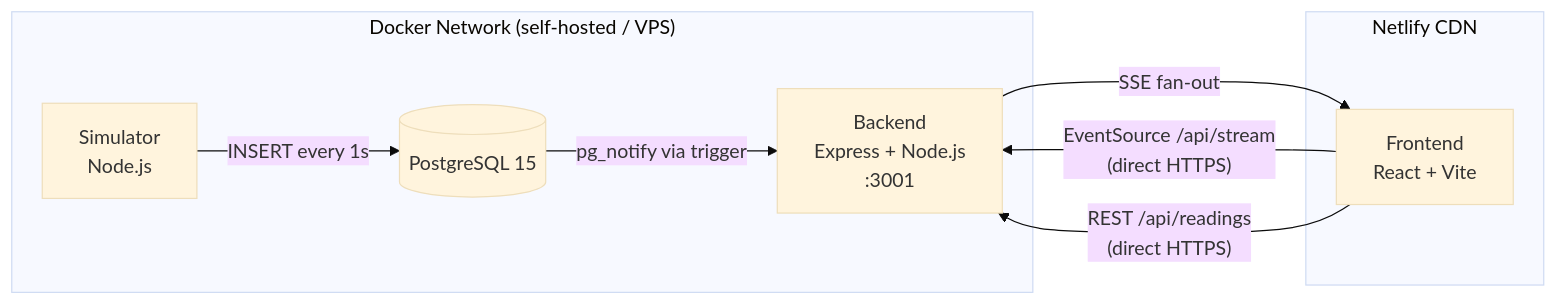
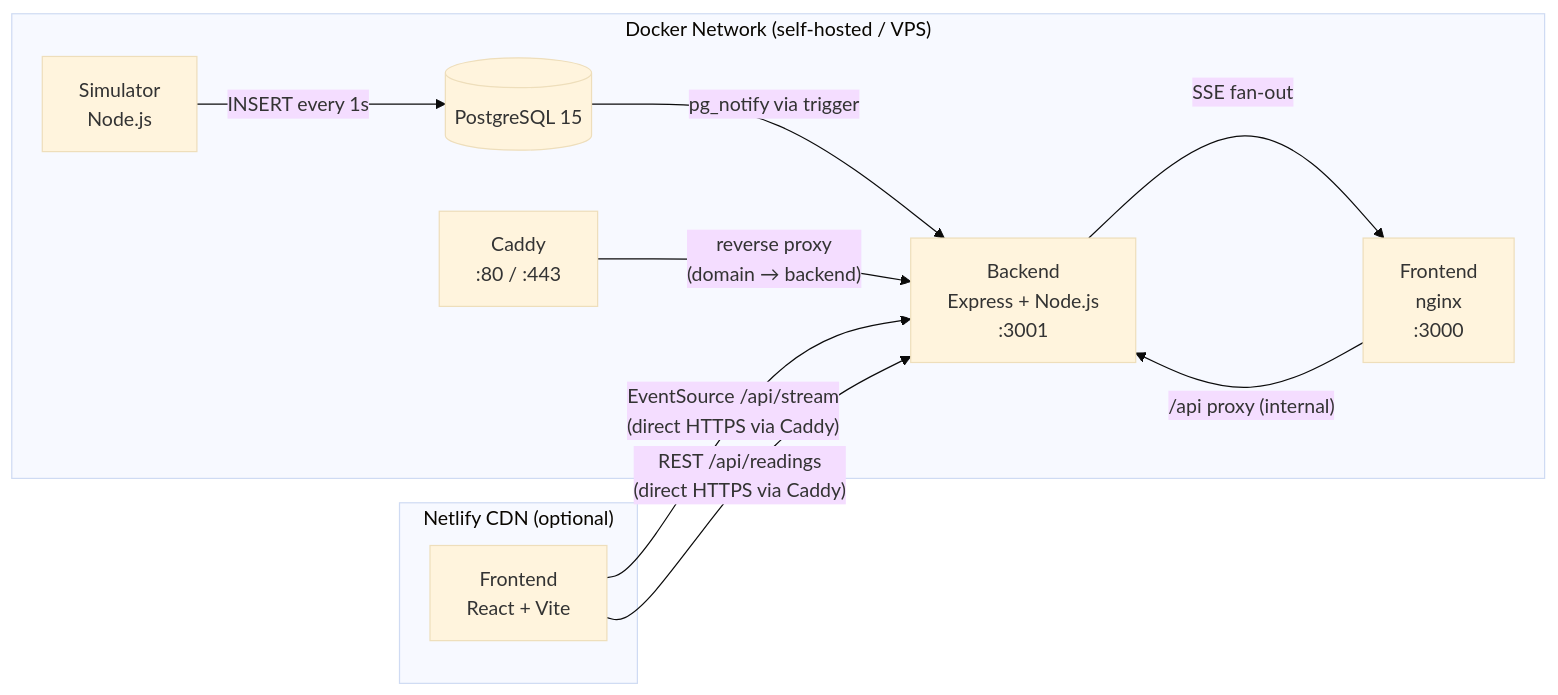
Before and after one commit to Sankalan47/speedometer: the diagram in docs/ARCHITECTURE.md, drawn with Mermaid (base theme). The commit also changed other lines of this file and 1 other file, not shown here.

Commit message:
feat: update README and architecture documentation for full stack Docker setup and service configurations

````diff
--- a/docs/ARCHITECTURE.md
+++ b/docs/ARCHITECTURE.md
@@ -5,18 +5,22 @@
 ```mermaid
 flowchart LR
     subgraph Docker["Docker Network (self-hosted / VPS)"]
         SIM[Simulator\nNode.js]
         PG[(PostgreSQL 15)]
         BE[Backend\nExpress + Node.js\n:3001]
+        FE[Frontend\nnginx\n:3000]
+        CADDY[Caddy\n:80 / :443]
     end
 
-    subgraph Netlify["Netlify CDN"]
-        FE[Frontend\nReact + Vite]
+    subgraph Netlify["Netlify CDN (optional)"]
+        NFE[Frontend\nReact + Vite]
     end
 
     SIM -- INSERT every 1s --> PG
     PG -- pg_notify via trigger --> BE
     BE -- SSE fan-out --> FE
-    FE -- "EventSource /api/stream\n(direct HTTPS)" --> BE
-    FE -- "REST /api/readings\n(direct HTTPS)" --> BE
+    FE -- "/api proxy (internal)" --> BE
+    CADDY -- "reverse proxy\n(domain → backend)" --> BE
+    NFE -- "EventSource /api/stream\n(direct HTTPS via Caddy)" --> BE
+    NFE -- "REST /api/readings\n(direct HTTPS via Caddy)" --> BE
 ```
````
